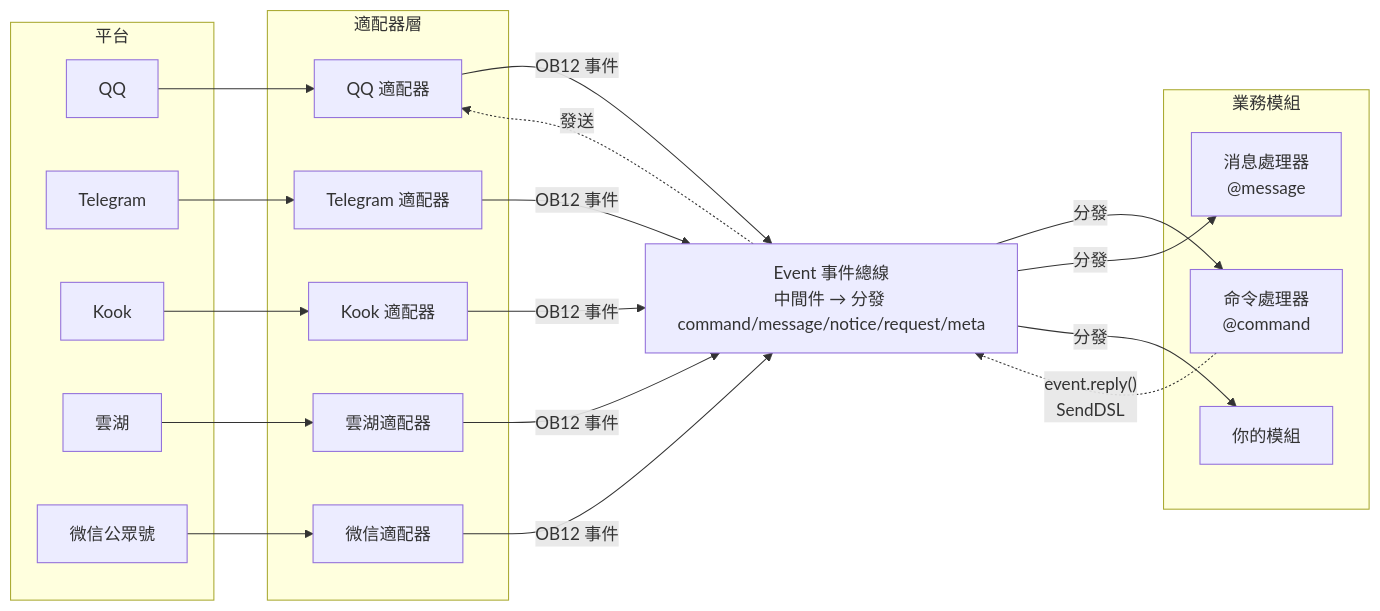
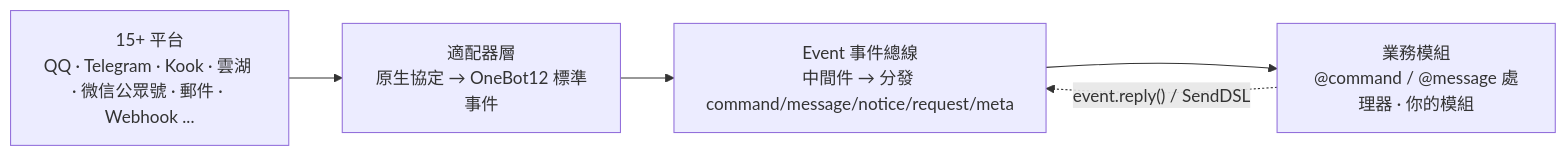
Before and after one commit to ErisPulse/ErisPulse: the first of 2 diagrams in README.zh-TW.md, drawn with Mermaid. The commit also changed other lines of this file and 828 other files, not shown here.

````diff
--- a/README.zh-TW.md
+++ b/README.zh-TW.md
@@ -112,45 +110,9 @@
 ```mermaid
 graph LR
-    subgraph Platforms[平台]
-        QQ["QQ"]
-        TG["Telegram"]
-        Kook["Kook"]
-        YH["雲湖"]
-        WX["微信公眾號"]
-    end
-
-    subgraph Adapters[適配器層]
-        A1["QQ 適配器"]
-        A2["Telegram 適配器"]
-        A3["Kook 適配器"]
-        A4["雲湖適配器"]
-        A5["微信適配器"]
-    end
-
+    P["15+ 平台<br/>QQ · Telegram · Kook · 雲湖 · 微信公眾號 · 郵件 · Webhook ..."]
+    A["適配器層<br/>原生協定 → OneBot12 標準事件"]
     Event["Event 事件總線<br/>中間件 → 分發 command/message/notice/request/meta"]
-
-    subgraph Modules[業務模組]
-        M1["命令處理器<br/>@command"]
-        M2["消息處理器<br/>@message"]
-        M3["你的模組"]
-    end
-
-    QQ --> A1
-    TG --> A2
-    Kook --> A3
-    YH --> A4
-    WX --> A5
-
-    A1 -->|"OB12 事件"| Event
-    A2 -->|"OB12 事件"| Event
-    A3 -->|"OB12 事件"| Event
-    A4 -->|"OB12 事件"| Event
-    A5 -->|"OB12 事件"| Event
-
-    Event -->|"分發"| M1
-    Event -->|"分發"| M2
-    Event -->|"分發"| M3
-
-    M1 -.->|"event.reply()<br/>SendDSL"| Event
-    Event -.->|"發送"| A1
+    M["業務模組<br/>@command / @message 處理器 · 你的模組"]
+    P --> A --> Event --> M
+    M -.->|"event.reply() / SendDSL"| Event
 ```
````
